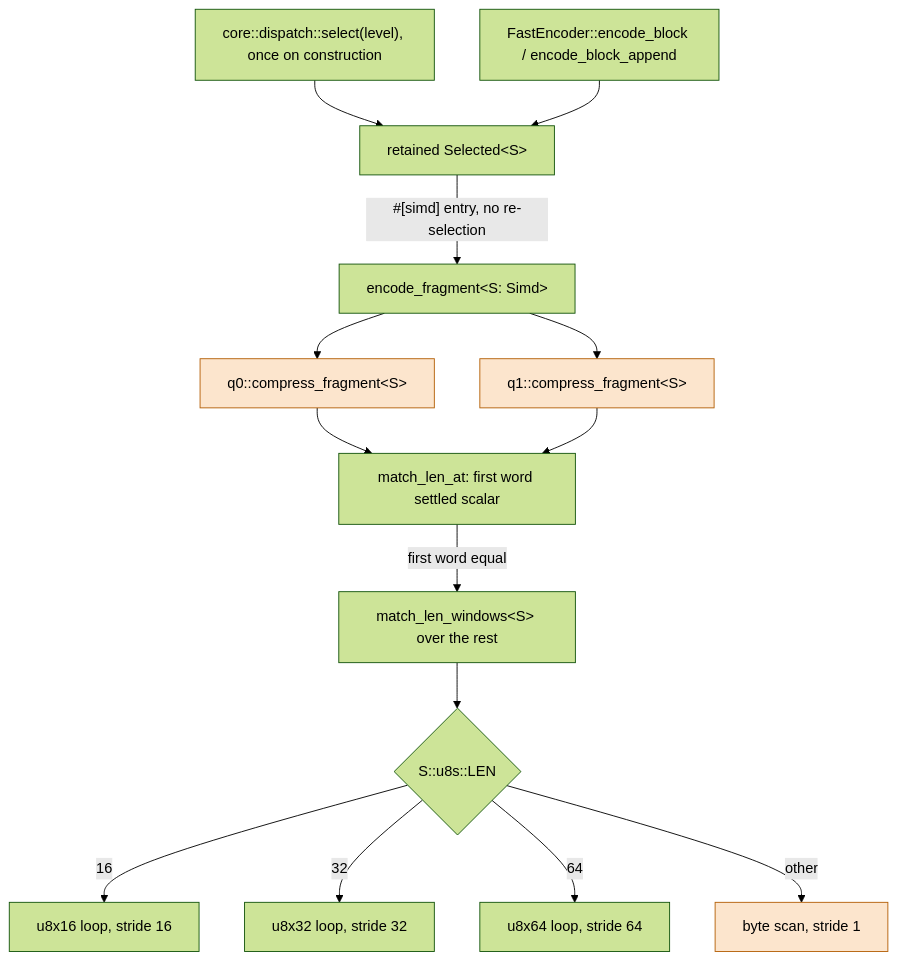
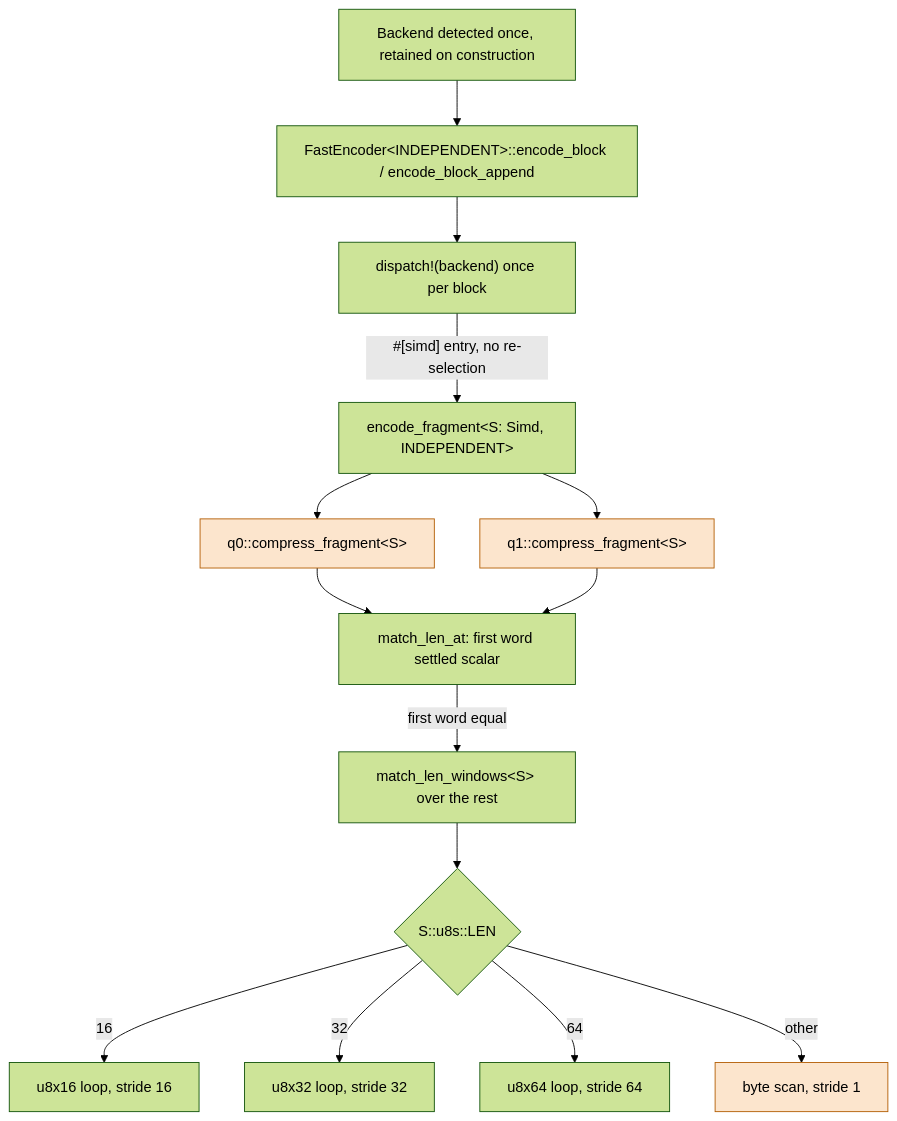
The ninth of 10 diagrams in architecture/fast-encoder.md (M-Compressors/mbrotli), drawn with Mermaid (forest theme) before and after one commit. The commit also changed other lines of this file and 22 other files, not shown here.

````diff
--- a/architecture/fast-encoder.md
+++ b/architecture/fast-encoder.md
@@ -328,19 +327,19 @@
 ```mermaid
 graph TD
-    select["core::dispatch::select(level), once on construction"] --> kernel["retained Selected&lt;S&gt;"]
-    A["FastEncoder::encode_block / encode_block_append"] --> kernel
-    kernel -->|"#[simd] entry, no re-selection"| B["encode_fragment&lt;S: Simd&gt;"]
+    select["Backend detected once, retained on construction"] --> A["FastEncoder&lt;INDEPENDENT&gt;::encode_block / encode_block_append"]
+    A --> kernel["dispatch!(backend) once per block"]
+    kernel -->|"#[simd] entry, no re-selection"| B["encode_fragment&lt;S: Simd, INDEPENDENT&gt;"]
     B --> C["q0::compress_fragment&lt;S&gt;"]
     B --> D["q1::compress_fragment&lt;S&gt;"]
     C --> E0["match_len_at: first word settled scalar"]
     D --> E0
     E0 -->|"first word equal"| E["match_len_windows&lt;S&gt; over the rest"]
     E --> F{"S::u8s::LEN"}
     F -->|16| G["u8x16 loop, stride 16"]
     F -->|32| H["u8x32 loop, stride 32"]
     F -->|64| I["u8x64 loop, stride 64"]
     F -->|other| J["byte scan, stride 1"]
 
     classDef scalar fill:#fce5cd,stroke:#b45f06;
     class C,D,J scalar;
 ```
````
